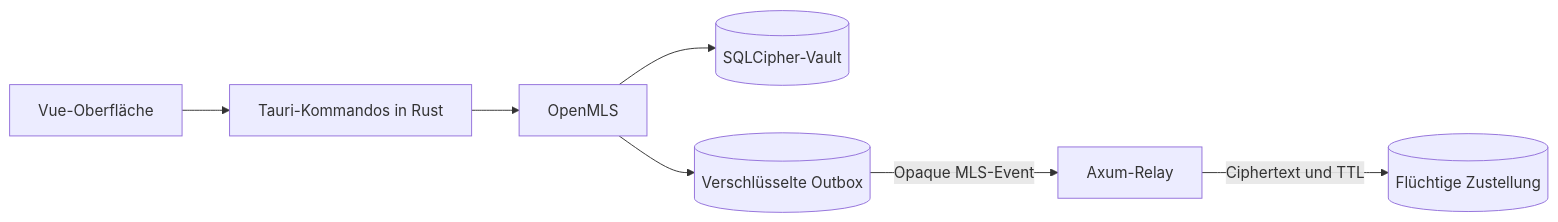
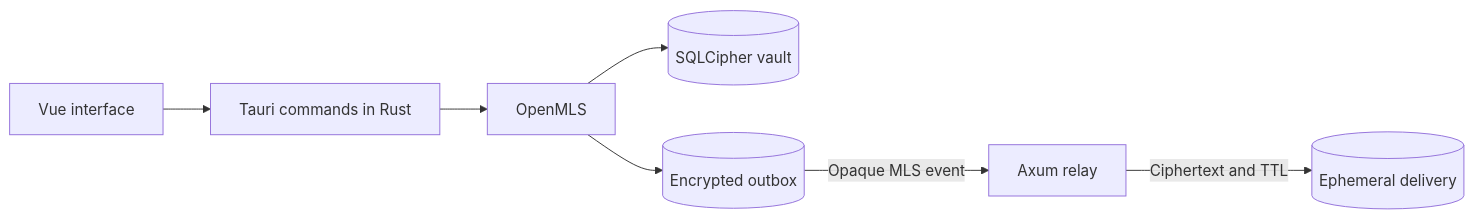
One commit to DNSx64/Singularis changed the diagram in README.md. Above: the diagram before and after it, drawn with Mermaid. The commit also changed other lines of this file, not shown here.

````diff
--- a/README.md
+++ b/README.md
@@ -75,9 +72,9 @@
 ```mermaid
 flowchart LR
-		UI[Vue-Oberfläche] --> Tauri[Tauri-Kommandos in Rust]
+		UI[Vue interface] --> Tauri[Tauri commands in Rust]
 		Tauri --> MLS[OpenMLS]
-		MLS --> Vault[(SQLCipher-Vault)]
-		MLS --> Outbox[(Verschlüsselte Outbox)]
-		Outbox -->|Opaque MLS-Event| Relay[Axum-Relay]
-		Relay -->|Ciphertext und TTL| Queue[(Flüchtige Zustellung)]
+		MLS --> Vault[(SQLCipher vault)]
+		MLS --> Outbox[(Encrypted outbox)]
+		Outbox -->|Opaque MLS event| Relay[Axum relay]
+		Relay -->|Ciphertext and TTL| Queue[(Ephemeral delivery)]
 ```
````
